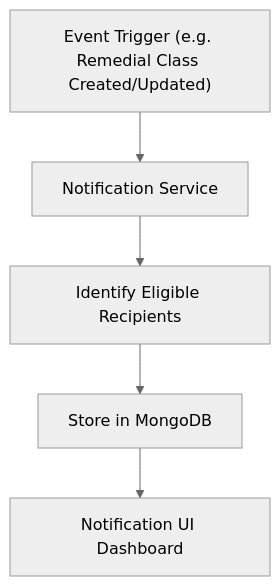
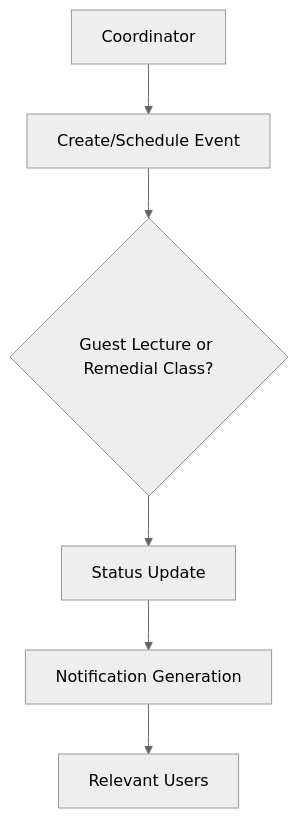
The ninth of 11 diagrams in README.md (Ravi4348/Student-Academic-Management-System), drawn with Mermaid (neutral theme) before and after one commit. The commit also changed other lines of this file and 46 other files, not shown here.

````diff
--- a/README.md
+++ b/README.md
@@ -292,13 +277,15 @@
 ```mermaid
 flowchart TD
-    Event["Event Trigger (e.g. Remedial Class Created/Updated)"]
-    NotifService["Notification Service"]
-    Recipients["Identify Eligible Recipients"]
-    MongoDB["Store in MongoDB"]
-    NotifUI["Notification UI Dashboard"]
+    Coordinator["Coordinator"]
+    CreateEvent["Create/Schedule Event"]
+    EventRouter{"Guest Lecture or Remedial Class?"}
+    StatusUpdate["Status Update"]
+    NotifGen["Notification Generation"]
+    RelevantUsers["Relevant Users"]
 
-    Event --> NotifService
-    NotifService --> Recipients
-    Recipients --> MongoDB
-    MongoDB --> NotifUI
+    Coordinator --> CreateEvent
+    CreateEvent --> EventRouter
+    EventRouter --> StatusUpdate
+    StatusUpdate --> NotifGen
+    NotifGen --> RelevantUsers
 ```
````
